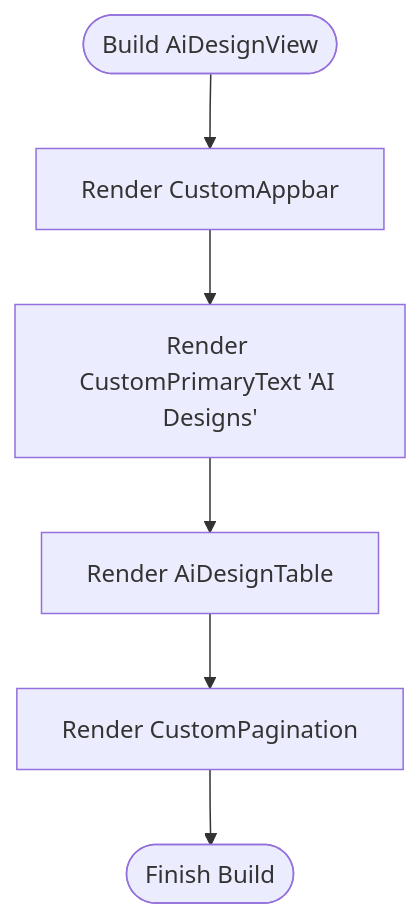
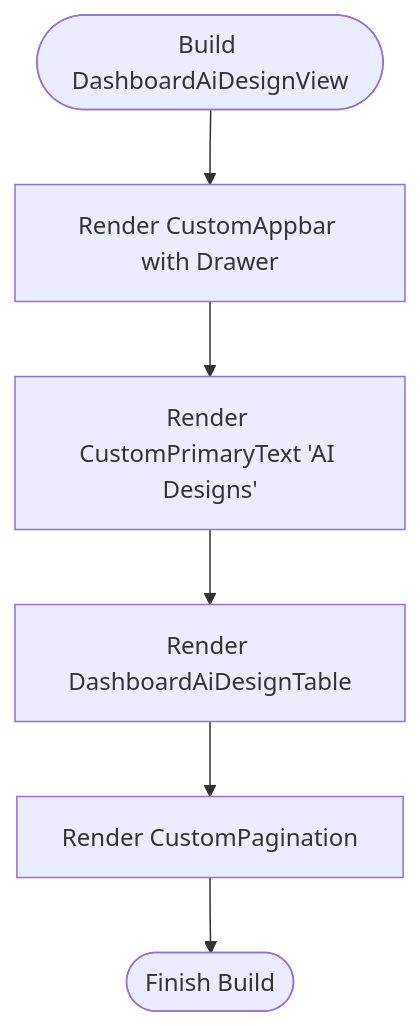
One commit to Ariful3111/FurniGo changed the sixth of 13 diagrams in .qoder/repowiki/en/content/Core Features/AI Design Services/Design Customization and Preview.md. Above: the diagram before and after it, drawn with Mermaid. The commit also changed other lines of this file and 67 other files, not shown here.

````diff
--- a/.qoder/repowiki/en/content/Core Features/AI Design Services/Design Customization and Preview.md
+++ b/.qoder/repowiki/en/content/Core Features/AI Design Services/Design Customization and Preview.md
@@ -243,8 +291,8 @@
 ```mermaid
 flowchart TD
-Start(["Build AiDesignView"]) --> AppBar["Render CustomAppbar"]
+Start(["Build DashboardAiDesignView"]) --> AppBar["Render CustomAppbar with Drawer"]
 AppBar --> Title["Render CustomPrimaryText 'AI Designs'"]
-Title --> Table["Render AiDesignTable"]
+Title --> Table["Render DashboardAiDesignTable"]
 Table --> Pagination["Render CustomPagination"]
 Pagination --> End(["Finish Build"])
 ```
````
